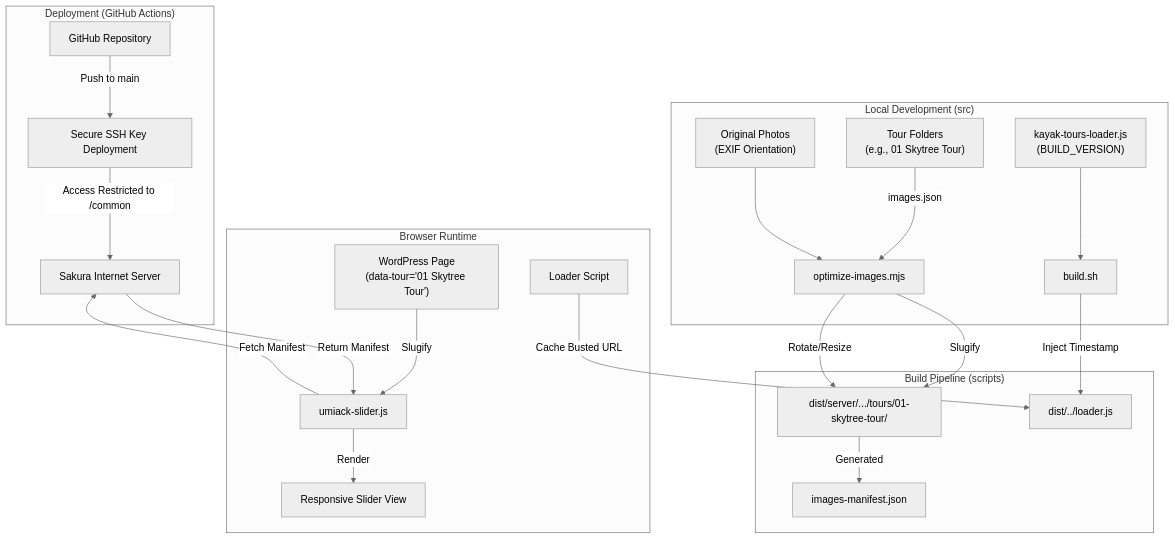
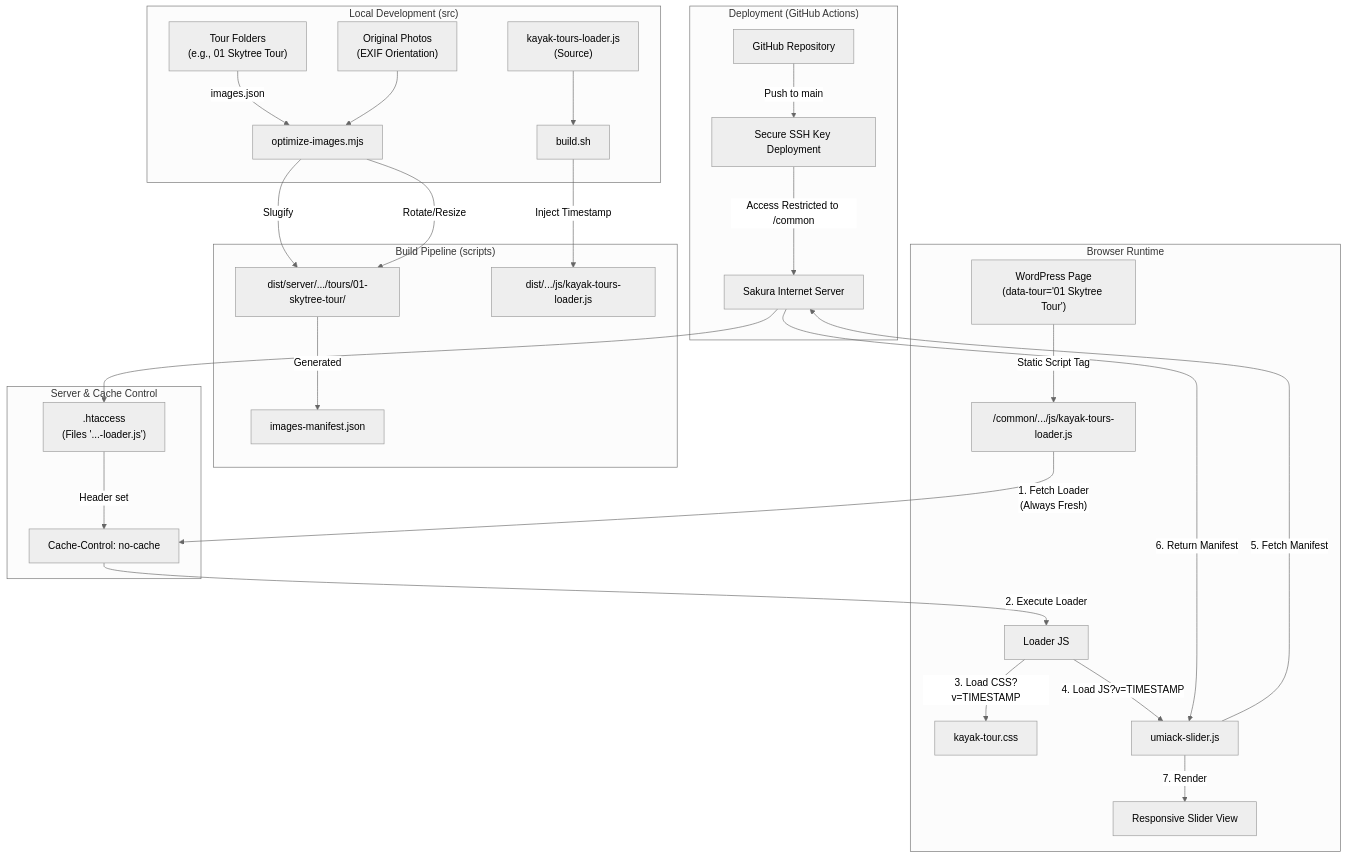
One commit to ryota-kayak/umiack-common-repository changed the diagram in README.md. Above: the diagram before and after it, drawn with Mermaid (neutral theme). The commit also changed other lines of this file, not shown here.

Commit message:
Update README.md: Detailed technical blueprint reflecting CSS standardization and centralized loader architecture

````diff
--- a/README.md
+++ b/README.md
@@ -11,28 +11,36 @@
 ```mermaid
 graph TD
     subgraph "Local Development (src)"
         A["Tour Folders<br/>(e.g., 01 Skytree Tour)"] -->|images.json| B["optimize-images.mjs"]
         P["Original Photos<br/>(EXIF Orientation)"] --> B
-        L["kayak-tours-loader.js<br/>(BUILD_VERSION)"] --> BU
+        L_SRC["kayak-tours-loader.js<br/>(Source)"] --> BU
     end
 
     subgraph "Build Pipeline (scripts)"
         B -->|Slugify| C["dist/server/.../tours/01-skytree-tour/"]
         B -->|Rotate/Resize| C
         C -->|Generated| D["images-manifest.json"]
-        BU["build.sh"] -->|Inject Timestamp| L2["dist/../loader.js"]
+        BU["build.sh"] -->|Inject Timestamp| L_DIST["dist/.../js/kayak-tours-loader.js"]
     end
 
     subgraph "Deployment (GitHub Actions)"
         E["GitHub Repository"] -->|Push to main| F["Secure SSH Key Deployment"]
         F -->|Access Restricted to /common| G["Sakura Internet Server"]
     end
 
+    subgraph "Server & Cache Control"
+        G --> H[".htaccess<br/>(Files '...-loader.js')"]
+        H -->|Header set| I["Cache-Control: no-cache"]
+    end
+
     subgraph "Browser Runtime"
-        H["WordPress Page<br/>(data-tour='01 Skytree Tour')"] -->|Slugify| I["umiack-slider.js"]
-        I -->|Fetch Manifest| G
-        G -->|Return Manifest| I
-        I -->|Render| J["Responsive Slider View"]
-        K["Loader Script"] -->|Cache Busted URL| L2
+        W["WordPress Page<br/>(data-tour='01 Skytree Tour')"] -->|Static Script Tag| L_URL["/common/.../js/kayak-tours-loader.js"]
+        L_URL -- "1. Fetch Loader<br/>(Always Fresh)" --> I
+        I -- "2. Execute Loader" --> SL
+        SL["Loader JS"] -->|3. Load CSS?v=TIMESTAMP| CSS["kayak-tour.css"]
+        SL -->|4. Load JS?v=TIMESTAMP| S_JS["umiack-slider.js"]
+        S_JS -->|5. Fetch Manifest| G
+        G -->|6. Return Manifest| S_JS
+        S_JS -->|7. Render| J["Responsive Slider View"]
     end
 ```
````
